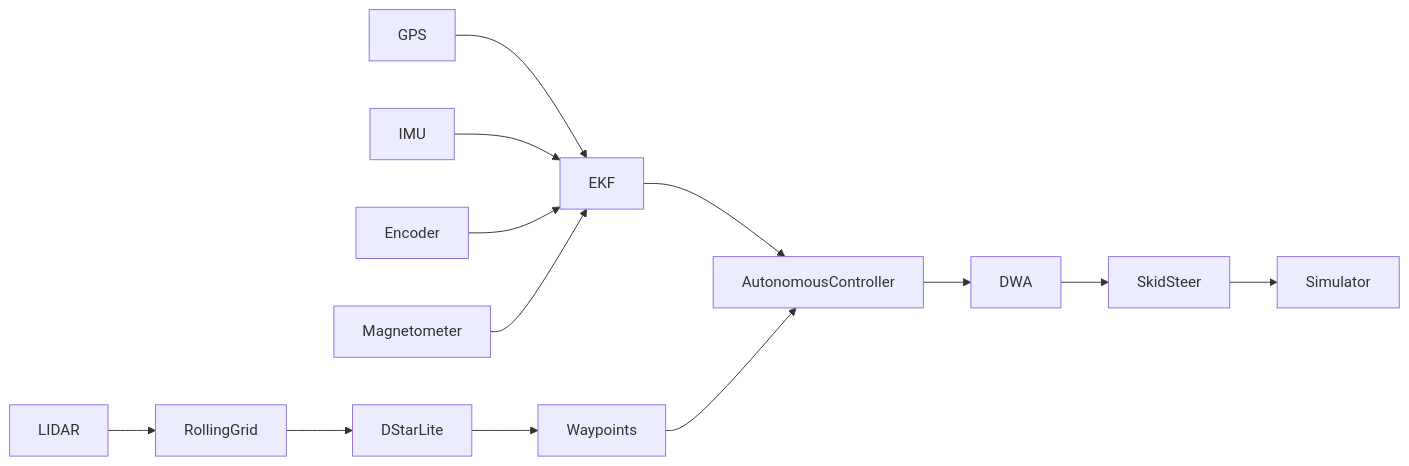
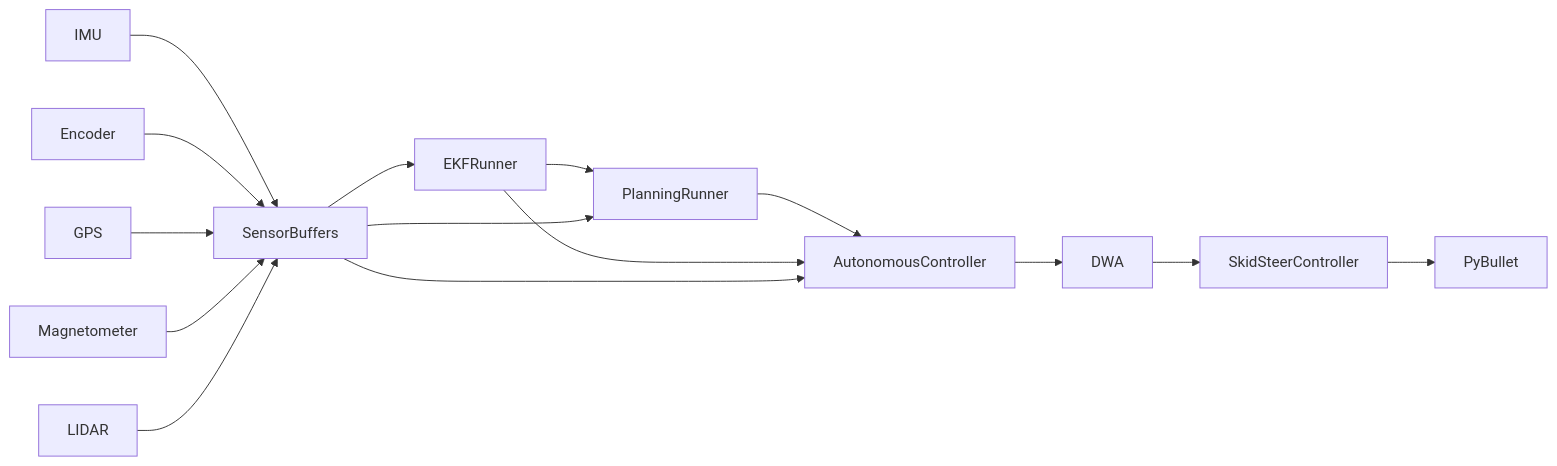
One commit to SaiSrinivas1997/autonomous-ugv-navigation-stack changed the diagram in README.MD. Above: the diagram before and after it, drawn with Mermaid.

Commit message:
diagram updated

````diff
--- a/README.MD
+++ b/README.MD
@@ -22,16 +22,20 @@
 ```mermaid
 flowchart LR
-    GPS --> EKF
-    IMU --> EKF
-    Encoder --> EKF
-    Magnetometer --> EKF
+    IMU --> SensorBuffers
+    Encoder --> SensorBuffers
+    GPS --> SensorBuffers
+    Magnetometer --> SensorBuffers
+    LIDAR --> SensorBuffers
 
-    EKF --> AutonomousController
-    LIDAR --> RollingGrid
-    RollingGrid --> DStarLite
-    DStarLite --> Waypoints
-    Waypoints --> AutonomousController
+    SensorBuffers --> EKFRunner
+    EKFRunner --> PlanningRunner
+    SensorBuffers --> PlanningRunner
+
+    PlanningRunner --> AutonomousController
+    EKFRunner --> AutonomousController
+    SensorBuffers --> AutonomousController
+
     AutonomousController --> DWA
-    DWA --> SkidSteer
-    SkidSteer --> Simulator
+    DWA --> SkidSteerController
+    SkidSteerController --> PyBullet
 ```
````
